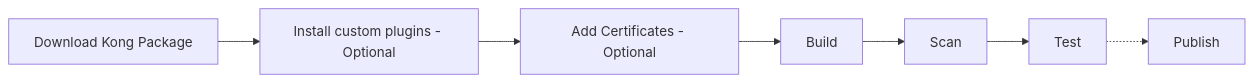
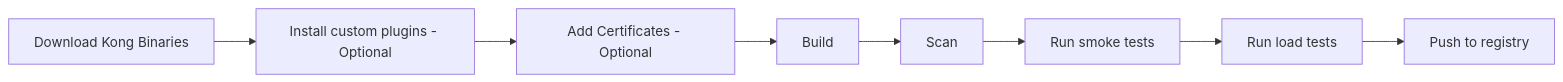
Before and after one commit to pantsel/konnect-platform-ops-demo: the second of 8 diagrams in README.md, drawn with Mermaid. The commit also changed 4 other files, not shown here.

````diff
--- a/README.md
+++ b/README.md
@@ -119,9 +119,10 @@
 ```mermaid
 graph LR;
-    A[Download Kong Package] --> B[Install custom plugins - Optional];
+    A[Download Kong Binaries] --> B[Install custom plugins - Optional];
     B --> C[Add Certificates - Optional];
     C --> D[Build];
     D --> E[Scan];
-    E --> F[Test];
-    F -.-> G[Publish];
+    E --> F[Run smoke tests];
+    F --> G[Run load tests];
+    G --> H[Push to registry];
 ```
````
